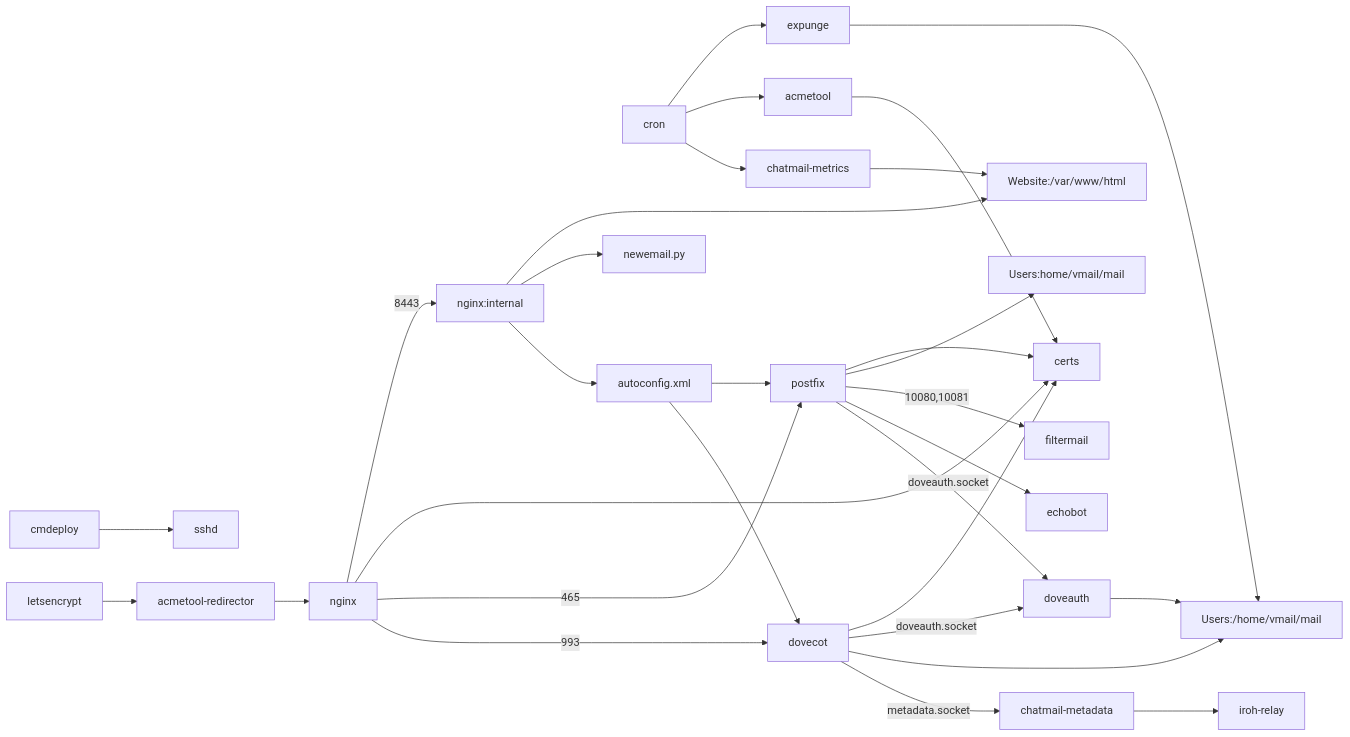
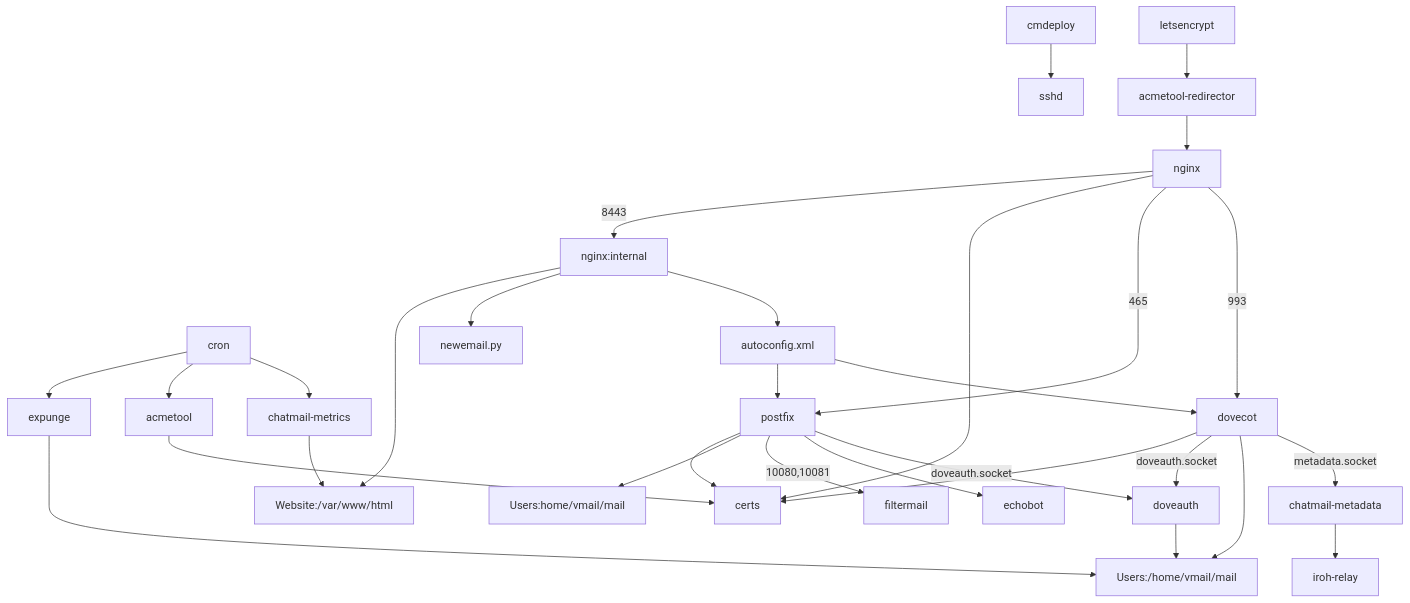
One commit to cliffmccarthy/chatmail-relay changed the diagram in ARCHITECTURE.md. Above: the diagram before and after it, drawn with Mermaid.

Commit message:
Try changing graph orientation

````diff
--- a/ARCHITECTURE.md
+++ b/ARCHITECTURE.md
@@ -4,32 +4,32 @@
 ```mermaid
-graph LR;
+graph TD;
     cmdeploy --> sshd;
     cron --> expunge;
     cron --> acmetool;
     cron --> chatmail-metrics;
     chatmail-metrics --> Website:/var/www/html;
     acmetool --> certs;
     letsencrypt --> acmetool-redirector;
     acmetool-redirector --> nginx;
     nginx --> |8443|nginx:internal;
     nginx:internal --> Website:/var/www/html;
     nginx --> certs;
     nginx:internal --> newemail.py;
     nginx --> |465|postfix;
     nginx:internal --> autoconfig.xml;
     nginx --> |993|dovecot;
     autoconfig.xml --> postfix;
     autoconfig.xml --> dovecot;
     postfix --> certs;
     postfix --> Users:home/vmail/mail;
     postfix --> |10080,10081|filtermail;
     postfix --> echobot;
     postfix --> |doveauth.socket|doveauth;
     dovecot --> certs;
     dovecot --> |doveauth.socket|doveauth;
     dovecot --> Users:/home/vmail/mail;
     dovecot --> |metadata.socket|chatmail-metadata;
     doveauth --> Users:/home/vmail/mail;
     expunge --> Users:/home/vmail/mail;
     chatmail-metadata --> iroh-relay;
 ```
````
